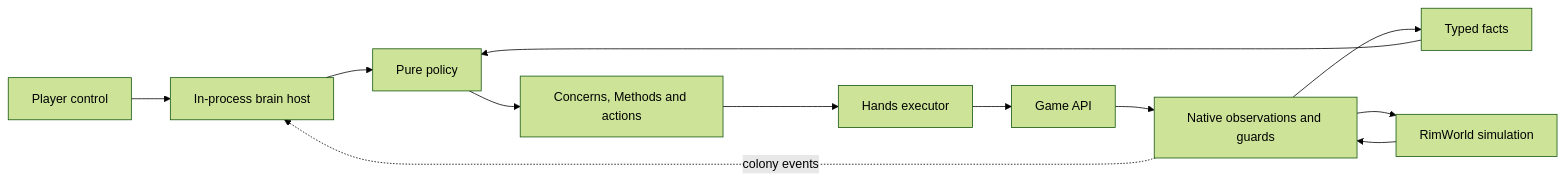
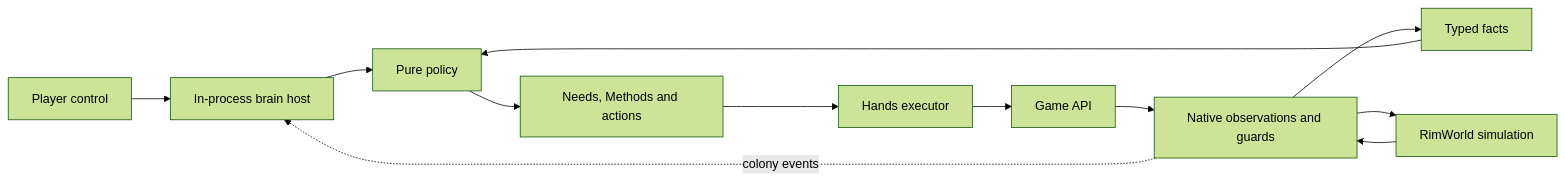
One commit to davidarcher/rimgovernor changed the first of 3 diagrams in docs/developers/architecture/overview.md. Above: the diagram before and after it, drawn with Mermaid (forest theme). The commit also changed other lines of this file and 32 other files, not shown here.

````diff
--- a/docs/developers/architecture/overview.md
+++ b/docs/developers/architecture/overview.md
@@ -10,14 +10,14 @@
 ```mermaid
 flowchart LR
     Player[Player control] --> Runtime[In-process brain host]
     Game[RimWorld simulation] --> Native[Native observations and guards]
     Native --> Facts[Typed facts]
     Facts --> Policy[Pure policy]
-    Policy --> Plan[Concerns, Methods and actions]
+    Policy --> Plan[Needs, Methods and actions]
     Plan --> Hands[Hands executor]
     Hands --> Facade[Game API]
     Facade --> Native
     Native --> Game
     Runtime --> Policy
     Native -. colony events .-> Runtime
 ```
````
